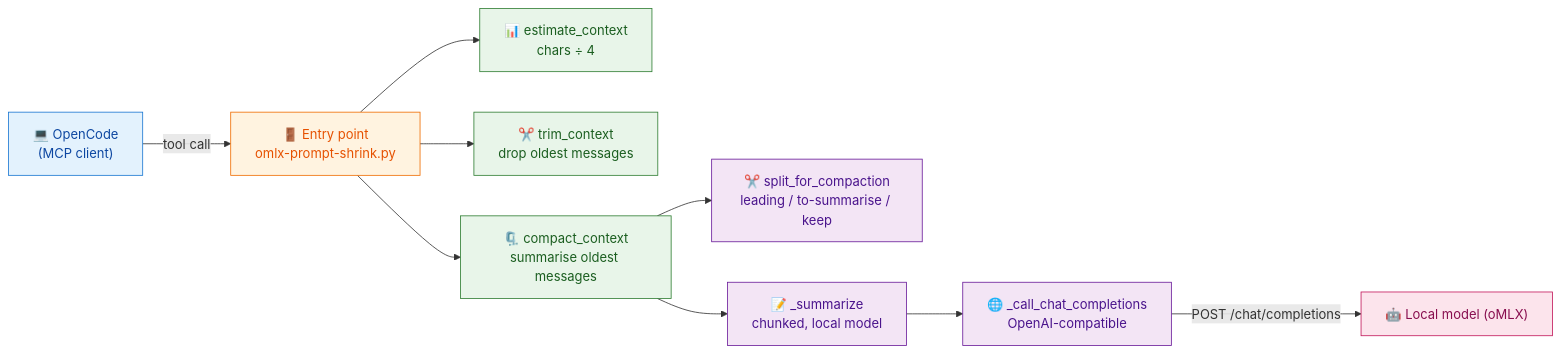
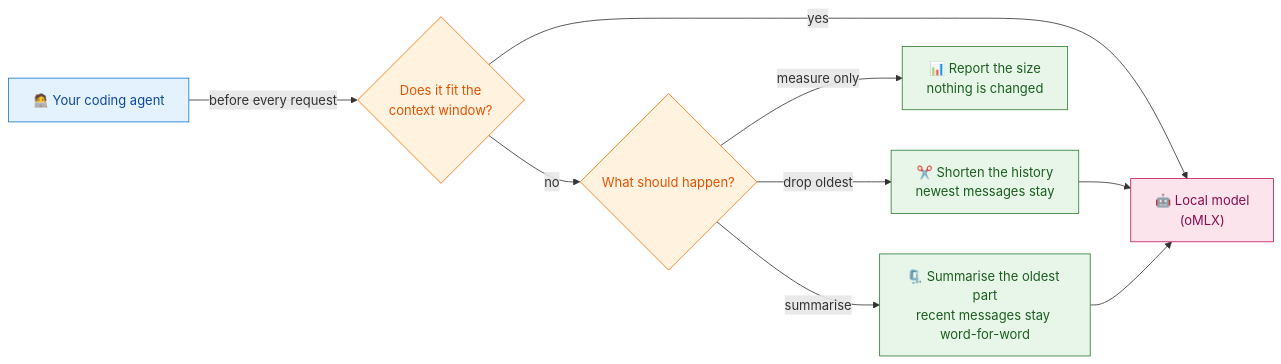
One commit to mahirfatih/context-shrink-mcp changed the diagram in README.md. Above: the diagram before and after it, drawn with Mermaid. The commit also changed 1 other file, not shown here.

Commit message:
docs: replace internal function names with user-facing labels in architecture diagram

````diff
--- a/README.md
+++ b/README.md
@@ -84,22 +84,21 @@
 ```mermaid
 flowchart LR
     classDef client fill:#e3f2fd,stroke:#1976d2,color:#0d47a1
-    classDef entry fill:#fff3e0,stroke:#ef6c00,color:#e65100
-    classDef tool fill:#e8f5e9,stroke:#2e7d32,color:#1b5e20
-    classDef step fill:#f3e5f5,stroke:#6a1b9a,color:#4a148c
-    classDef external fill:#fce4ec,stroke:#c2185b,color:#880e4f
+    classDef decision fill:#fff3e0,stroke:#ef6c00,color:#e65100
+    classDef action fill:#e8f5e9,stroke:#2e7d32,color:#1b5e20
+    classDef model fill:#fce4ec,stroke:#c2185b,color:#880e4f
 
-    Client["💻 OpenCode<br/>(MCP client)"]:::client
-    Entry["🚪 Entry point<br/>omlx-prompt-shrink.py"]:::entry
+    Client["🧑‍💻 Your coding agent"]:::client
+    Client -->|"before every request"| Fits{"Does it fit the<br/>context window?"}:::decision
 
-    Client -->|"tool call"| Entry
+    Fits -->|"yes"| Model
+    Fits -->|"no"| Choice{"What should happen?"}:::decision
 
-    Entry --> Est["📊 estimate_context<br/>chars ÷ 4"]:::tool
-    Entry --> Trim["✂️ trim_context<br/>drop oldest messages"]:::tool
-    Entry --> Compact["🗜️ compact_context<br/>summarise oldest messages"]:::tool
+    Choice -->|"measure only"| Measure["📊 Report the size<br/>nothing is changed"]:::action
+    Choice -->|"drop oldest"| Trim["✂️ Shorten the history<br/>newest messages stay"]:::action
+    Choice -->|"summarise"| Compact["🗜️ Summarise the oldest part<br/>recent messages stay word-for-word"]:::action
 
-    Compact --> Split["✂️ split_for_compaction<br/>leading / to-summarise / keep"]:::step
-    Compact --> Sum["📝 _summarize<br/>chunked, local model"]:::step
-    Sum --> Chat["🌐 _call_chat_completions<br/>OpenAI-compatible"]:::step
-    Chat -->|"POST /chat/completions"| Endpoint["🤖 Local model (oMLX)"]:::external
+    Trim --> Model
+    Compact --> Model
+    Model["🤖 Local model<br/>(oMLX)"]:::model
 ```
````
